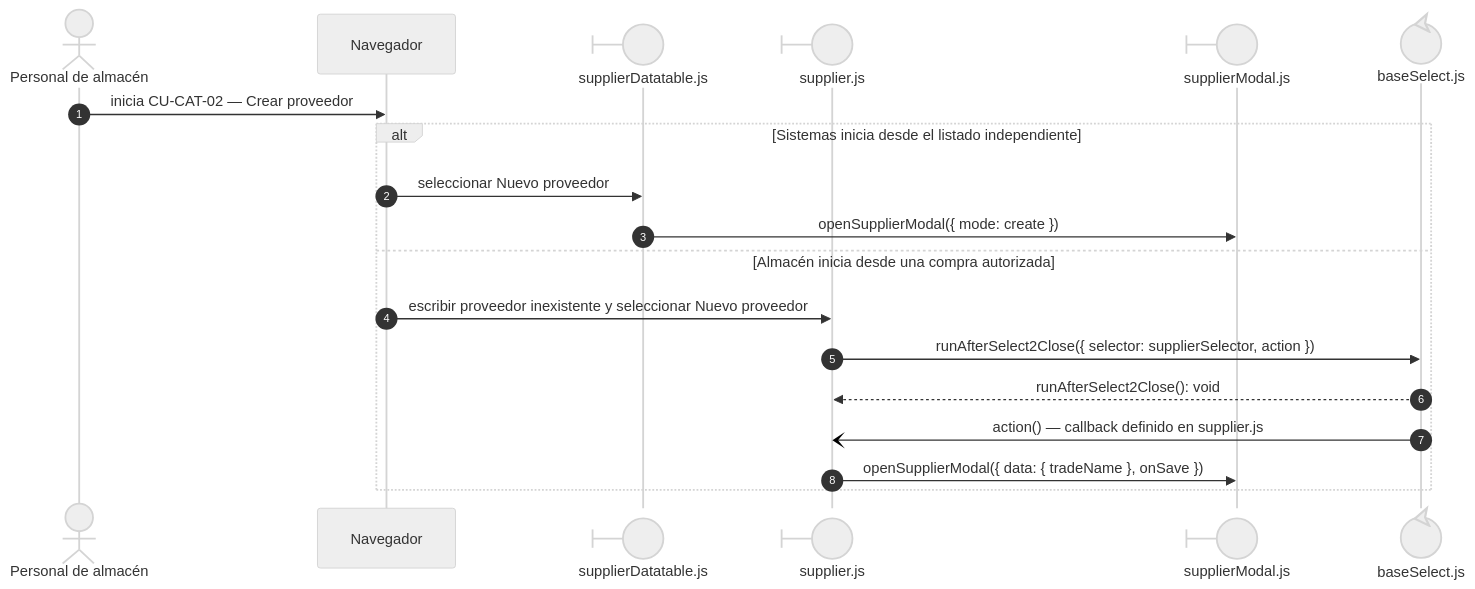
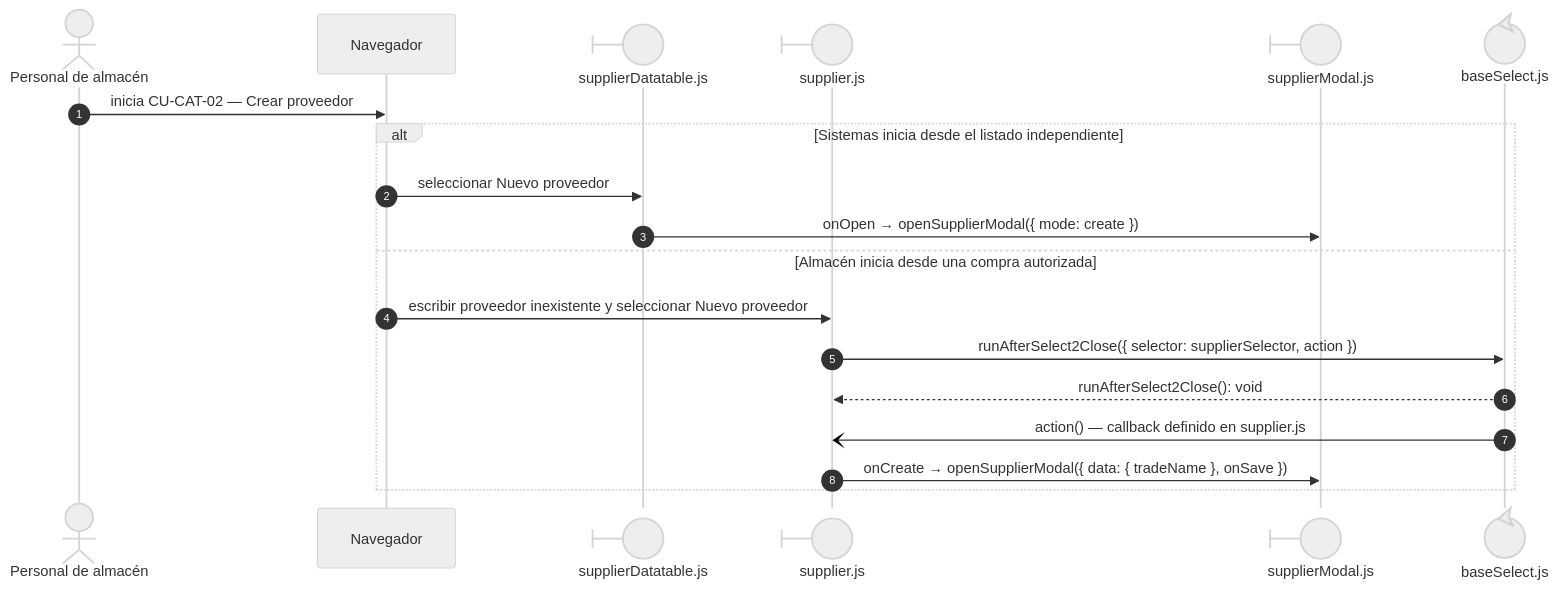
The second of 5 diagrams in docs/architecture/views/processes/frontend-code-sequences/catalogs/cu-cat-02.md (gpgsistemas01/nexus), drawn with Mermaid (neutral theme) before and after one commit. The commit also changed other lines of this file and 240 other files, not shown here.

````diff
--- a/docs/architecture/views/processes/frontend-code-sequences/catalogs/cu-cat-02.md
+++ b/docs/architecture/views/processes/frontend-code-sequences/catalogs/cu-cat-02.md
@@ -134,23 +133,23 @@
 ```mermaid
 sequenceDiagram
     autonumber
     actor Initiator as Personal de almacén
     participant Browser as Navegador
     participant Origin@{ "type": "boundary" } as supplierDatatable.js
     participant Select@{ "type": "boundary" } as supplier.js
     participant Modal@{ "type": "boundary" } as supplierModal.js
 
     participant SelectBase@{ "type": "control" } as baseSelect.js
 
     Initiator->>Browser: inicia CU-CAT-02 — Crear proveedor
     alt Sistemas inicia desde el listado independiente
         Browser->>Origin: seleccionar Nuevo proveedor
-        Origin->>Modal: openSupplierModal({ mode: create })
+        Origin->>Modal: onOpen → openSupplierModal({ mode: create })
     else Almacén inicia desde una compra autorizada
         Browser->>Select: escribir proveedor inexistente y seleccionar Nuevo proveedor
         Select->>SelectBase: runAfterSelect2Close({ selector: supplierSelector, action })
         SelectBase-->>Select: runAfterSelect2Close(): void
         SelectBase-)Select: action() — callback definido en supplier.js
-        Select->>Modal: openSupplierModal({ data: { tradeName }, onSave })
+        Select->>Modal: onCreate → openSupplierModal({ data: { tradeName }, onSave })
     end
 ```
````
